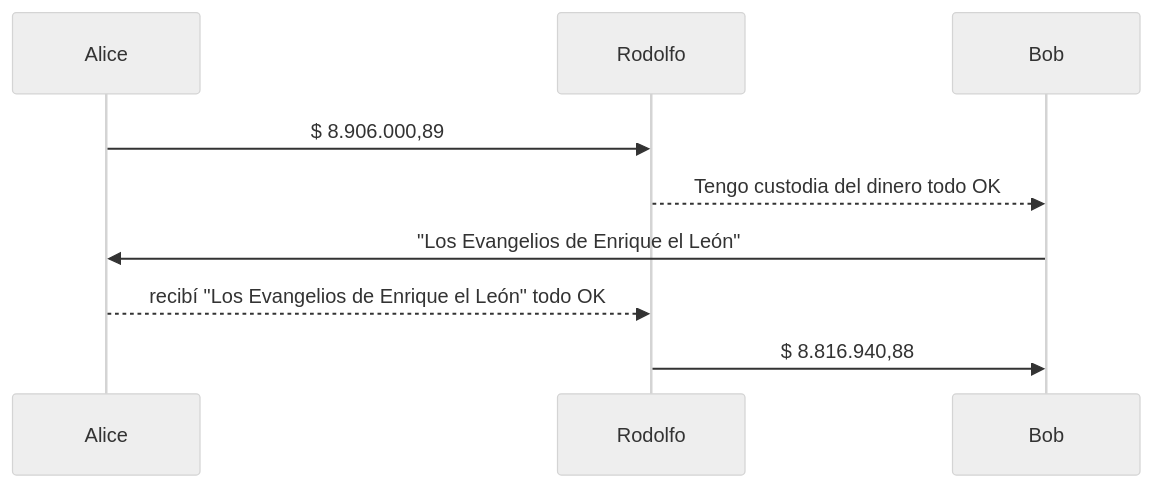
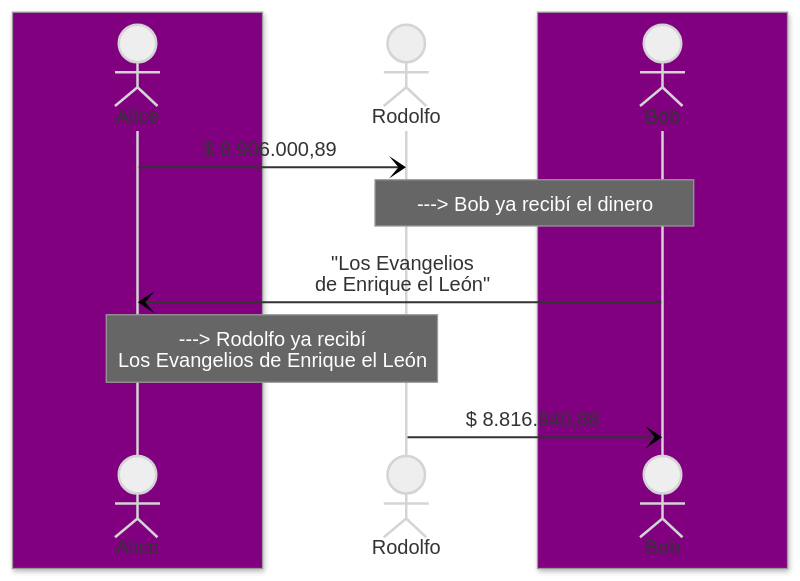
The second of 2 diagrams in README.md (latam1/noname), drawn with Mermaid (neutral theme) before and after one commit. The commit also changed other lines of this file, not shown here.

````diff
--- a/README.md
+++ b/README.md
@@ -15,8 +29,16 @@
 ```mermaid
 sequenceDiagram
-Alice->>Rodolfo: $ 8.906.000,89
-Rodolfo-->>Bob: Tengo custodia del dinero todo OK
-Bob->>Alice: "Los Evangelios de Enrique el León"
-Alice-->>Rodolfo: recibí "Los Evangelios de Enrique el León" todo OK
-Rodolfo->>Bob: $ 8.816.940,88
+box Purple
+actor Alice
+end
+actor Rodolfo
+box Purple
+actor Bob
+end
+Alice-)Rodolfo: $ 8.906.000,89
+Note over Rodolfo,Bob: ---> Bob ya recibí el dinero 
+Bob-)Alice: "Los Evangelios <br/>de Enrique el León"
+Note over Alice,Rodolfo: ---> Rodolfo ya recibí <br/>Los Evangelios de Enrique el León
+Rodolfo-)Bob: $ 8.816.940,88
+
 ```
````
